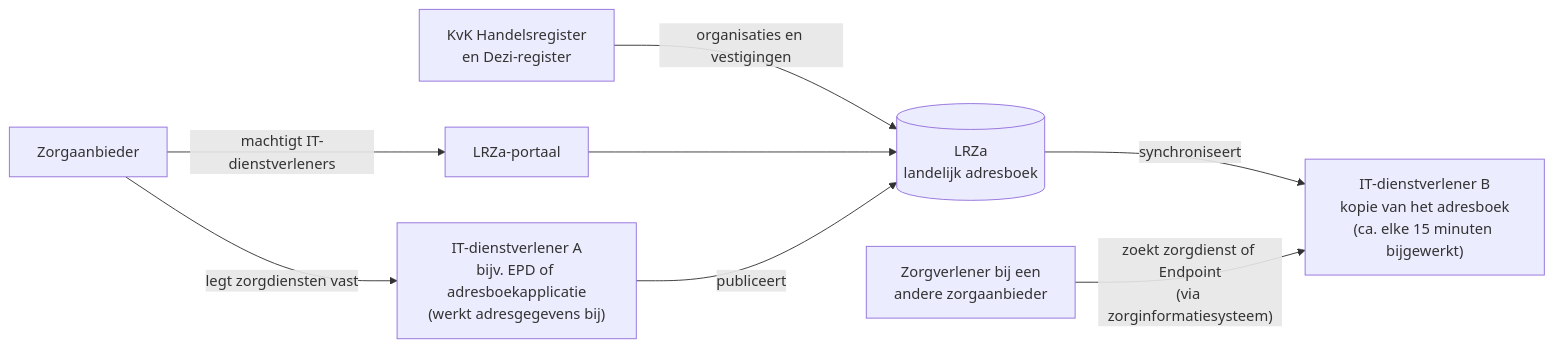
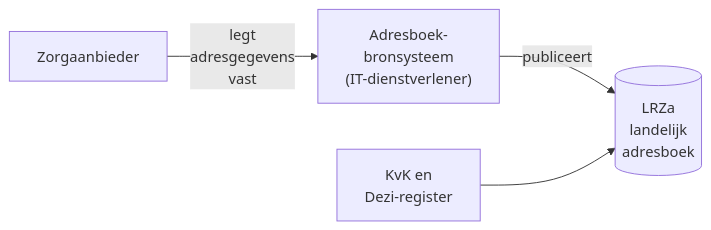
Before and after one commit to minvws/generiekefuncties-docs: the second of 3 diagrams in input/pagecontent/csd-handbook.md, drawn with Mermaid. The commit also changed other lines of this file and 1 other file, not shown here.

````diff
--- a/input/pagecontent/csd-handbook.md
+++ b/input/pagecontent/csd-handbook.md
@@ -210,18 +240,7 @@
 ```mermaid
 flowchart LR
-    KVK["KvK Handelsregister<br/>en Dezi-register"]
-    ZA["Zorgaanbieder"]
-    PORTAL["LRZa-portaal"]
-    DS["IT-dienstverlener A<br/>bijv. EPD of adresboekapplicatie<br/>(werkt adresgegevens bij)"]
-    LRZA[("LRZa<br/>landelijk adresboek")]
-    REP["IT-dienstverlener B<br/>kopie van het adresboek<br/>(ca. elke 15 minuten bijgewerkt)"]
-    ZV["Zorgverlener bij een<br/>andere zorgaanbieder"]
-
-    KVK -- "organisaties en vestigingen" --> LRZA
-    ZA -- "machtigt IT-dienstverleners" --> PORTAL
-    PORTAL --> LRZA
-    ZA -- "legt zorgdiensten vast" --> DS
-    DS -- "publiceert" --> LRZA
-    LRZA -- "synchroniseert" --> REP
-    ZV -- "zoekt zorgdienst of Endpoint<br/>(via zorginformatiesysteem)" --> REP
+    ZA["Zorgaanbieder"] -- "legt<br/> adresgegevens<br/> vast" --> DS["Adresboek-<br/>bronsysteem<br/>(IT-dienstverlener)"]
+    DS -- "publiceert" --> LRZA[("LRZa<br/>landelijk<br/> adresboek")]
+    KVK["KvK en<br/>Dezi-register"] --> LRZA
+    
 ```
````
